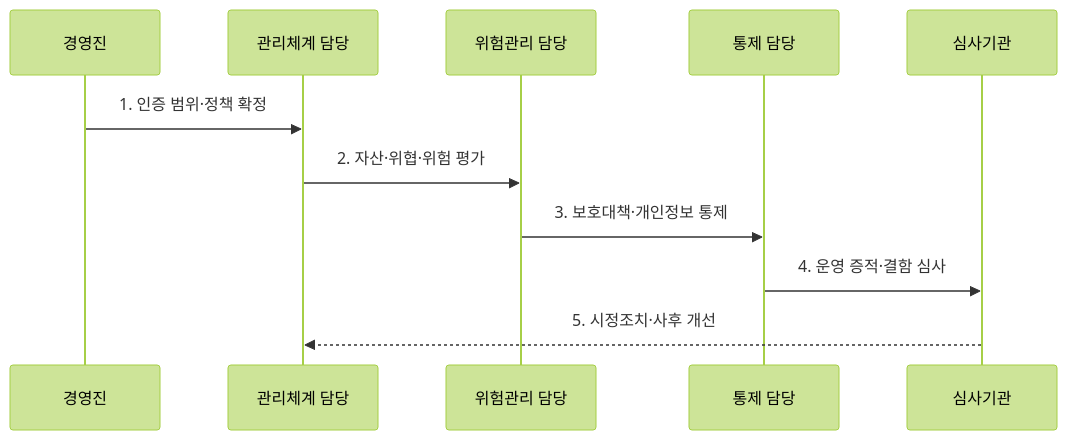
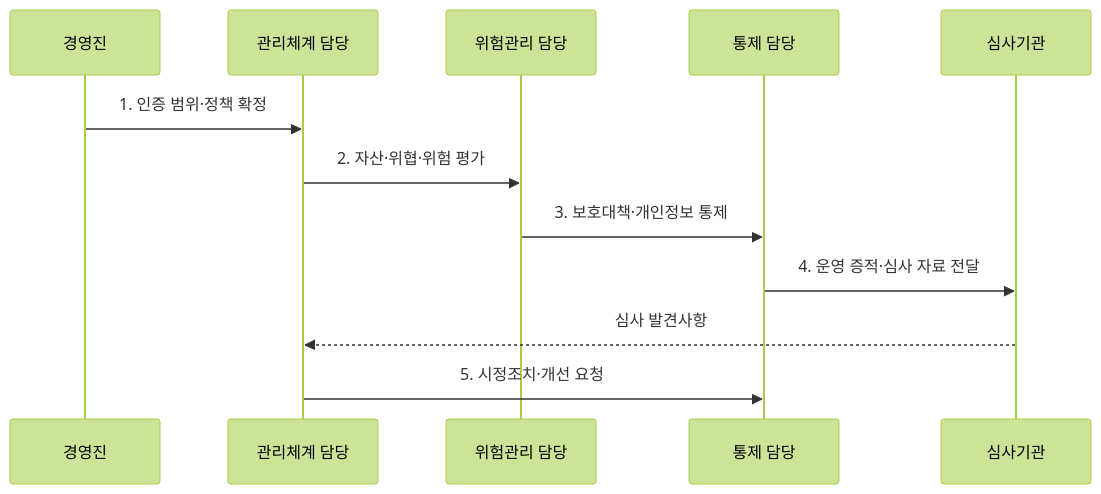
One commit to agnusdei1207/knowledge-base changed the second of 2 diagrams in src/content/docs/notes/05-security/103_isms_p.md. Above: the diagram before and after it, drawn with Mermaid (forest theme). The commit also changed other lines of this file and 20 other files, not shown here.

````diff
--- a/src/content/docs/notes/05-security/103_isms_p.md
+++ b/src/content/docs/notes/05-security/103_isms_p.md
@@ -81,13 +81,14 @@
 ```mermaid
 sequenceDiagram
   participant O as 경영진
   participant M as 관리체계 담당
   participant R as 위험관리 담당
   participant C as 통제 담당
   participant A as 심사기관
   O->>M: 1. 인증 범위·정책 확정
   M->>R: 2. 자산·위협·위험 평가
   R->>C: 3. 보호대책·개인정보 통제
-  C->>A: 4. 운영 증적·결함 심사
-  A-->>M: 5. 시정조치·사후 개선
+  C->>A: 4. 운영 증적·심사 자료 전달
+  A-->>M: 심사 발견사항
+  M->>C: 5. 시정조치·개선 요청
 ```
````
